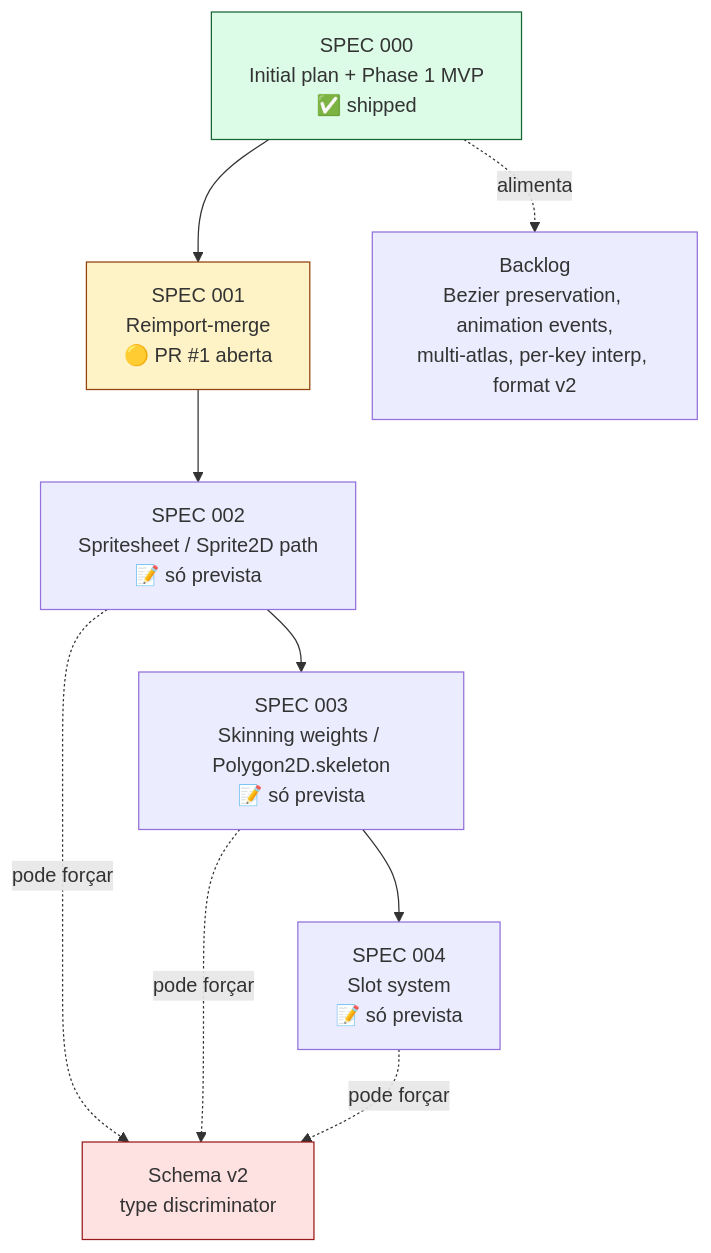
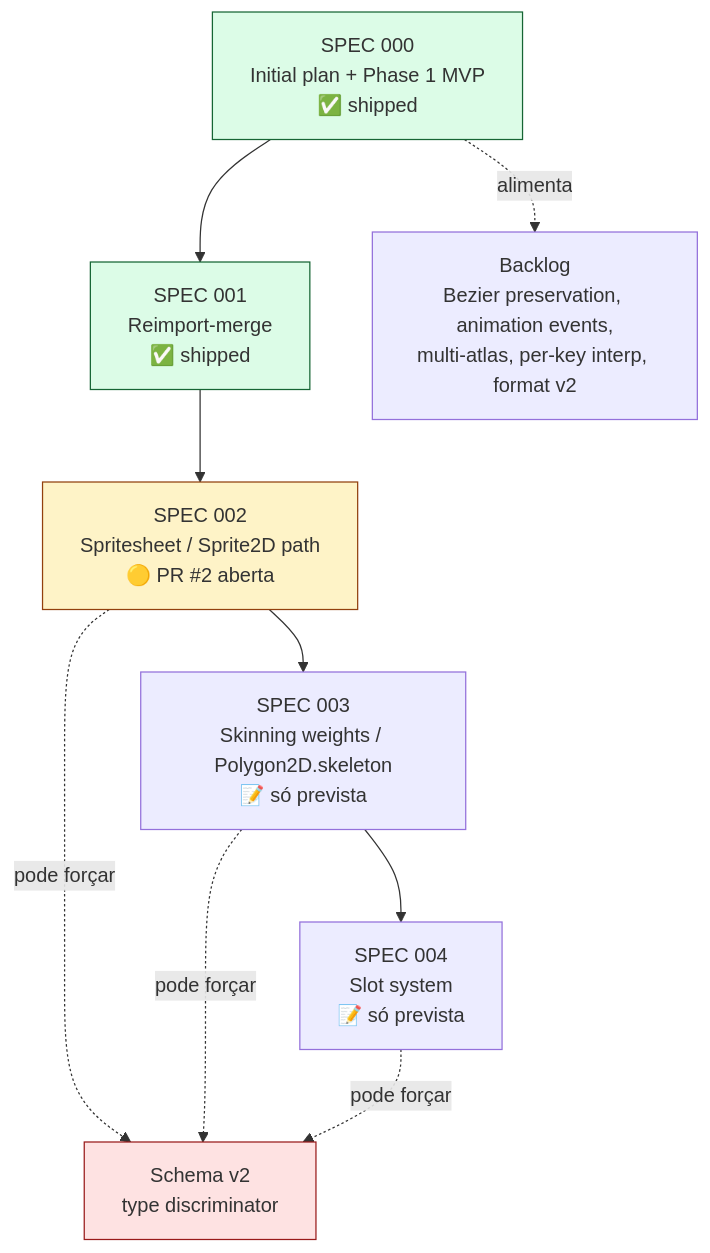
One commit to Space-Wizard-Studios/firebound-proscenio changed the fourth of 5 diagrams in STATUS.md. Above: the diagram before and after it, drawn with Mermaid. The commit also changed other lines of this file and 2 other files, not shown here.

First line of the commit message:
docs: close SPEC 002 TODO, update STATUS, warn about [debug] comments

````diff
--- a/STATUS.md
+++ b/STATUS.md
@@ -132,24 +134,25 @@
 ```mermaid
 flowchart TB
     S0[SPEC 000<br/>Initial plan + Phase 1 MVP<br/>✅ shipped]
-    S1[SPEC 001<br/>Reimport-merge<br/>🟡 PR #1 aberta]
-    S2[SPEC 002<br/>Spritesheet / Sprite2D path<br/>📝 só prevista]
+    S1[SPEC 001<br/>Reimport-merge<br/>✅ shipped]
+    S2[SPEC 002<br/>Spritesheet / Sprite2D path<br/>🟡 PR #2 aberta]
     S3[SPEC 003<br/>Skinning weights / Polygon2D.skeleton<br/>📝 só prevista]
     S4[SPEC 004<br/>Slot system<br/>📝 só prevista]
 
     BACKLOG[Backlog<br/>Bezier preservation, animation events,<br/>multi-atlas, per-key interp, format v2]
 
     S0 --> S1
     S1 --> S2
     S2 --> S3
     S3 --> S4
 
     S0 -.alimenta.-> BACKLOG
     S2 -.pode forçar.-> SCHEMA_V2[Schema v2<br/>type discriminator]
     S3 -.pode forçar.-> SCHEMA_V2
     S4 -.pode forçar.-> SCHEMA_V2
 
     style S0 fill:#dcfce7,stroke:#166534
-    style S1 fill:#fef3c7,stroke:#92400e
+    style S1 fill:#dcfce7,stroke:#166534
+    style S2 fill:#fef3c7,stroke:#92400e
     style SCHEMA_V2 fill:#fee2e2,stroke:#991b1b
 ```
````
